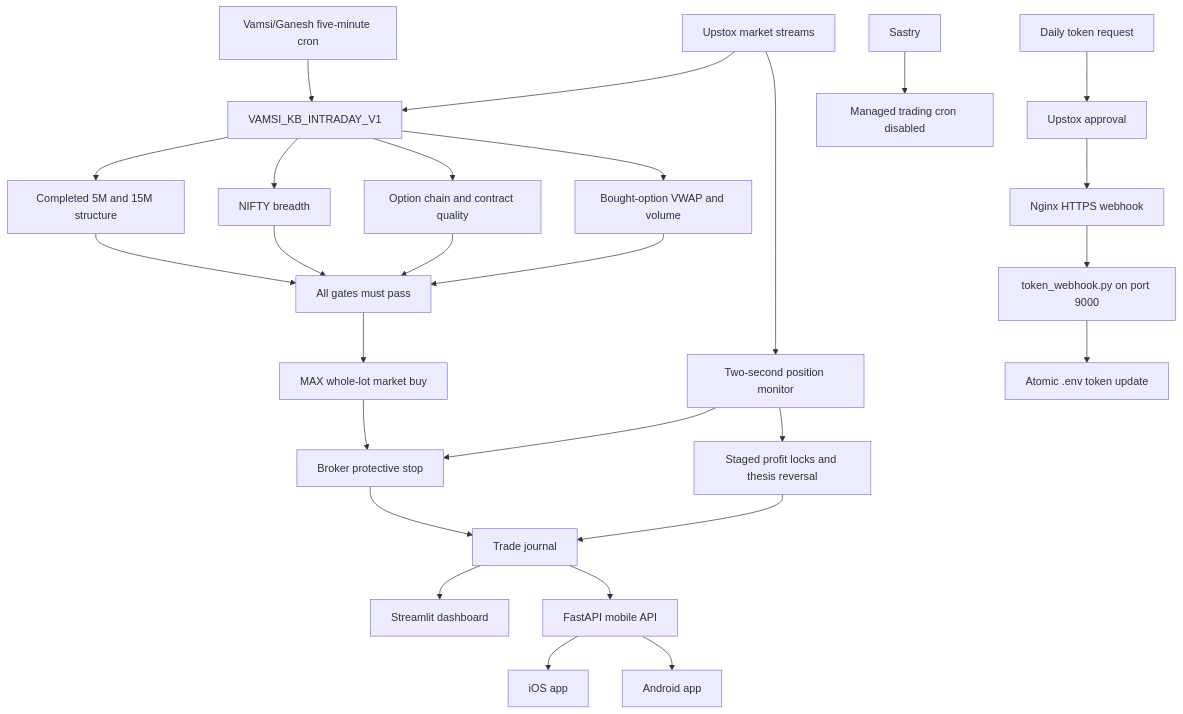
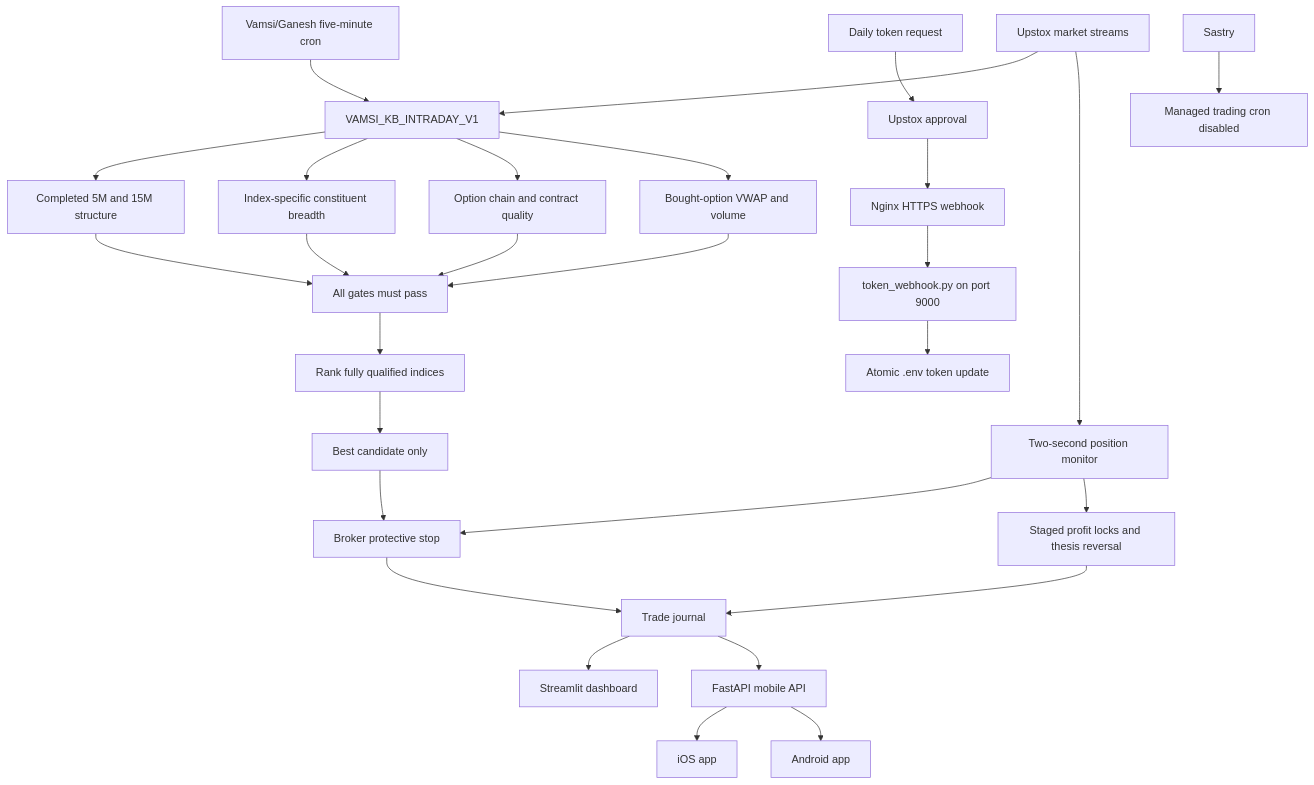
One commit to vkp2498-spec/trading-app changed the diagram in PROJECT_ARCHITECTURE_AND_HANDOFF.md. Above: the diagram before and after it, drawn with Mermaid. The commit also changed other lines of this file and 15 other files, not shown here.

````diff
--- a/PROJECT_ARCHITECTURE_AND_HANDOFF.md
+++ b/PROJECT_ARCHITECTURE_AND_HANDOFF.md
@@ -61,31 +64,32 @@
 ```mermaid
 flowchart TD
     CRON["Vamsi/Ganesh five-minute cron"] --> KB["VAMSI_KB_INTRADAY_V1"]
     STREAM["Upstox market streams"] --> KB
     KB --> CANDLE["Completed 5M and 15M structure"]
-    KB --> BREADTH["NIFTY breadth"]
+    KB --> BREADTH["Index-specific constituent breadth"]
     KB --> CHAIN["Option chain and contract quality"]
     KB --> FLOW["Bought-option VWAP and volume"]
     CANDLE --> ALL["All gates must pass"]
     BREADTH --> ALL
     CHAIN --> ALL
     FLOW --> ALL
-    ALL --> EXEC["MAX whole-lot market buy"]
+    ALL --> RANK["Rank fully qualified indices"]
+    RANK --> EXEC["Best candidate only"]
     EXEC --> STOP["Broker protective stop"]
     MON["Two-second position monitor"] --> STOP
     MON --> TRAIL["Staged profit locks and thesis reversal"]
     STOP --> JOURNAL["Trade journal"]
     TRAIL --> JOURNAL
     JOURNAL --> DASH["Streamlit dashboard"]
     JOURNAL --> API["FastAPI mobile API"]
     API --> IOS["iOS app"]
     API --> ANDROID["Android app"]
 
     TOKEN["Daily token request"] --> APPROVAL["Upstox approval"]
     APPROVAL --> NGINX["Nginx HTTPS webhook"]
     NGINX --> WEBHOOK["token_webhook.py on port 9000"]
     WEBHOOK --> ENV["Atomic .env token update"]
 
     STREAM --> MON
     DISABLED["Sastry"] --> OFF["Managed trading cron disabled"]
 ```
````
